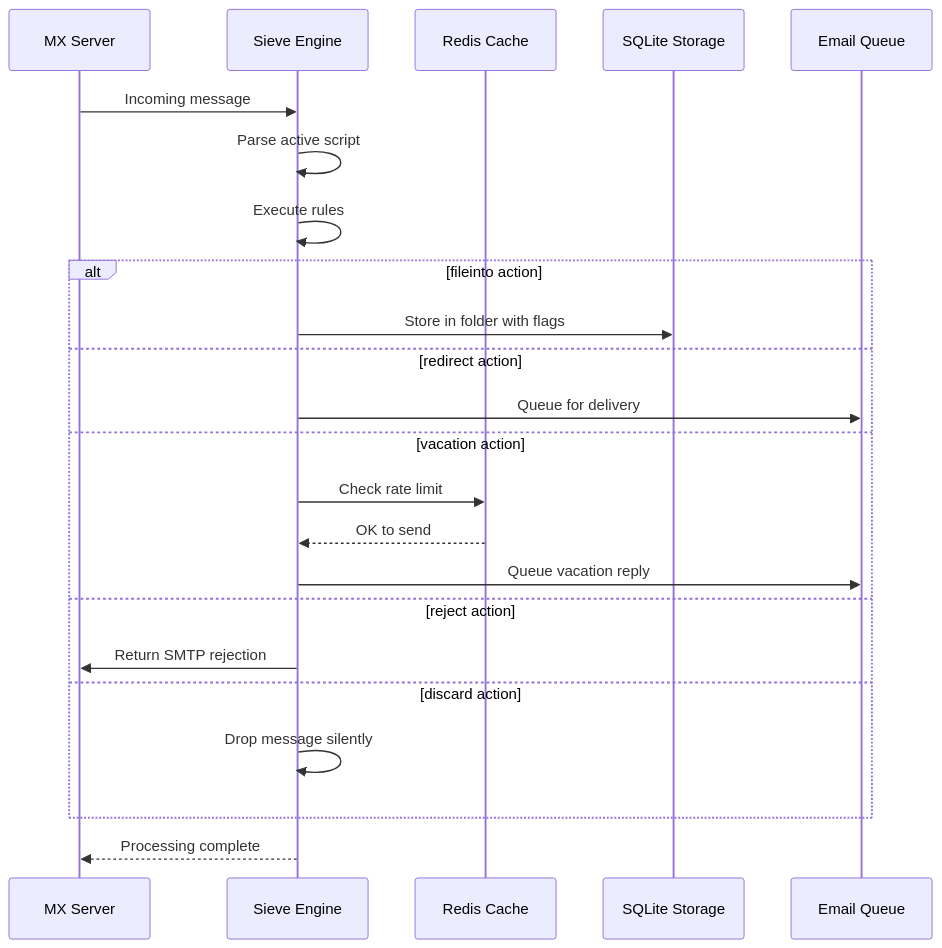
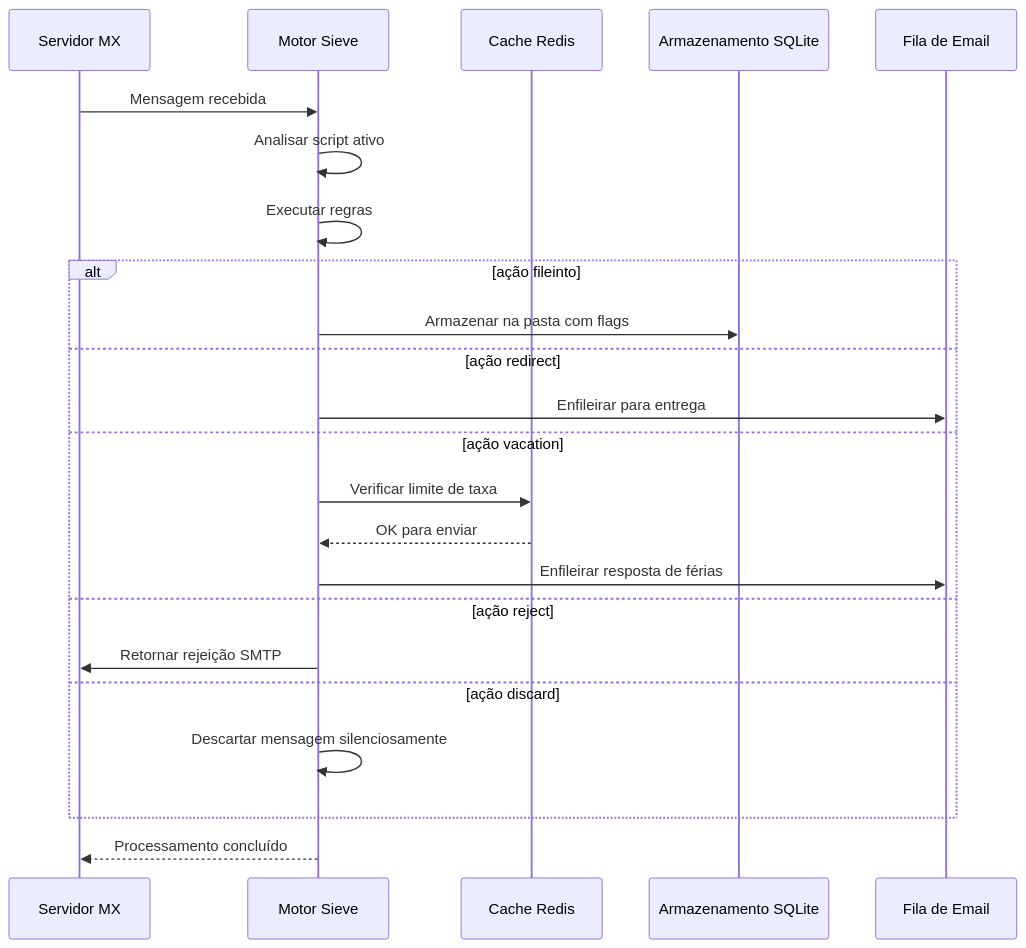
One commit to forwardemail/forwardemail.net changed the ninth of 16 diagrams in app/views/docs/email-protocols-rfc-compliance-imap-smtp-pop3-comparison/index-pt.md. Above: the diagram before and after it, drawn with Mermaid. The commit also changed other lines of this file and 1055 other files, not shown here.

````diff
--- a/app/views/docs/email-protocols-rfc-compliance-imap-smtp-pop3-comparison/index-pt.md
+++ b/app/views/docs/email-protocols-rfc-compliance-imap-smtp-pop3-comparison/index-pt.md
@@ -1176,28 +1168,28 @@
 ```mermaid
 sequenceDiagram
-    participant MX as MX Server
-    participant Sieve as Sieve Engine
-    participant Redis as Redis Cache
-    participant SQLite as SQLite Storage
-    participant Queue as Email Queue
+    participant MX as Servidor MX
+    participant Sieve as Motor Sieve
+    participant Redis as Cache Redis
+    participant SQLite as Armazenamento SQLite
+    participant Queue as Fila de Email
 
-    MX->>Sieve: Incoming message
-    Sieve->>Sieve: Parse active script
-    Sieve->>Sieve: Execute rules
+    MX->>Sieve: Mensagem recebida
+    Sieve->>Sieve: Analisar script ativo
+    Sieve->>Sieve: Executar regras
 
-    alt fileinto action
-        Sieve->>SQLite: Store in folder with flags
-    else redirect action
-        Sieve->>Queue: Queue for delivery
-    else vacation action
-        Sieve->>Redis: Check rate limit
-        Redis-->>Sieve: OK to send
-        Sieve->>Queue: Queue vacation reply
-    else reject action
-        Sieve->>MX: Return SMTP rejection
-    else discard action
-        Sieve->>Sieve: Drop message silently
+    alt ação fileinto
+        Sieve->>SQLite: Armazenar na pasta com flags
+    else ação redirect
+        Sieve->>Queue: Enfileirar para entrega
+    else ação vacation
+        Sieve->>Redis: Verificar limite de taxa
+        Redis-->>Sieve: OK para enviar
+        Sieve->>Queue: Enfileirar resposta de férias
+    else ação reject
+        Sieve->>MX: Retornar rejeição SMTP
+    else ação discard
+        Sieve->>Sieve: Descartar mensagem silenciosamente
     end
 
-    Sieve-->>MX: Processing complete
+    Sieve-->>MX: Processamento concluído
 ```
````
